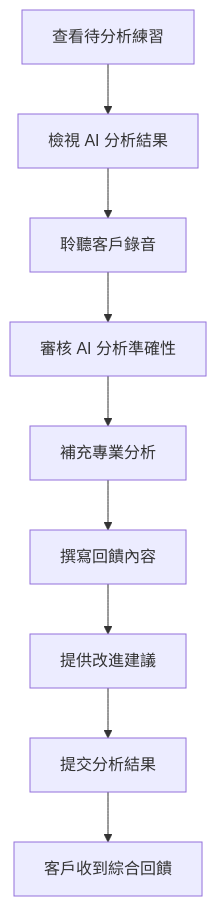
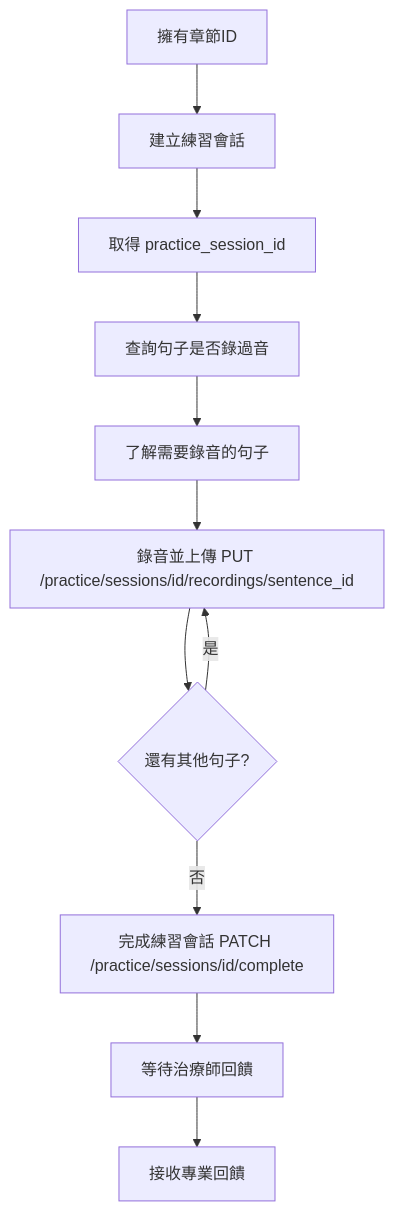
Before and after one commit to VocalBorn/backend: the diagram in docs/PracticeAPI.md, drawn with Mermaid. The commit also changed other lines of this file and 26 other files, not shown here.

````diff
--- a/docs/PracticeAPI.md
+++ b/docs/PracticeAPI.md
@@ -36,11 +59,13 @@
 ```mermaid
 graph TD
-    A[查看待分析練習] --> B[檢視 AI 分析結果]
-    B --> C[聆聽客戶錄音]
-    C --> D[審核 AI 分析準確性]
-    D --> E[補充專業分析]
-    E --> F[撰寫回饋內容]
-    F --> G[提供改進建議]
-    G --> H[提交分析結果]
-    H --> I[客戶收到綜合回饋]
+    A[擁有章節ID] --> B[建立練習會話]
+    B --> C[取得 practice_session_id]
+    C --> D[查詢句子是否錄過音]
+    D --> E[了解需要錄音的句子]
+    E --> F[錄音並上傳 PUT /practice/sessions/id/recordings/sentence_id]
+    F --> G{還有其他句子?}
+    G -->|是| F
+    G -->|否| H[完成練習會話 PATCH /practice/sessions/id/complete]
+    H --> I[等待治療師回饋]
+    I --> J[接收專業回饋]
 ```
````
